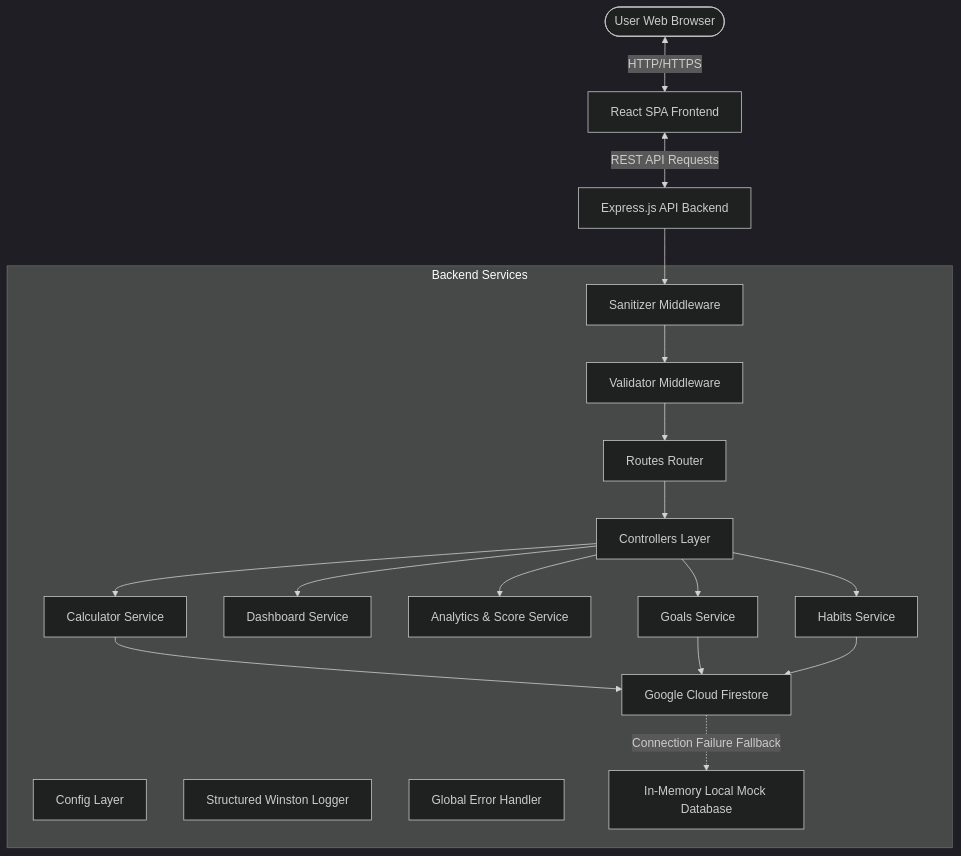
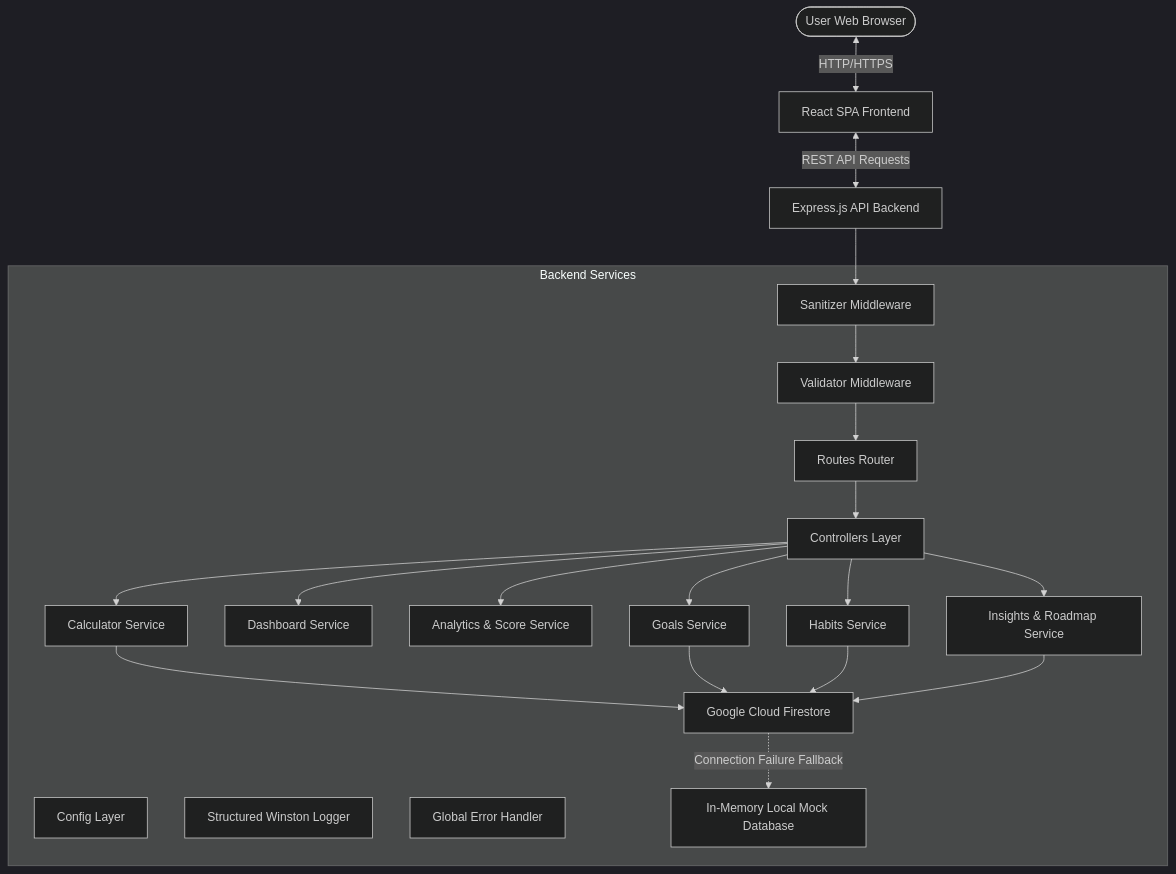
The diagram in README.md (Ajayrathod04/C.A.R.B.O.N-Plus), drawn with Mermaid (dark theme) before and after one commit. The commit also changed other lines of this file and 9 other files, not shown here.

Commit message:
feat: implement simulator, AI roadmap timeline, report downloader, dynamic route splitting and updated README

````diff
--- a/README.md
+++ b/README.md
@@ -24,30 +24,31 @@
 ```mermaid
 graph TD
   User([User Web Browser]) <--> |HTTP/HTTPS| Frontend[React SPA Frontend]
   Frontend <--> |REST API Requests| Backend[Express.js API Backend]
   
   subgraph Backend Services
     Config[Config Layer]
     Routes[Routes Router]
     Controllers[Controllers Layer]
     Validators[Validator Middleware]
     Sanitize[Sanitizer Middleware]
     Logger[Structured Winston Logger]
     ErrorHandler[Global Error Handler]
     
     Calculator[Calculator Service]
     Dashboard[Dashboard Service]
     Analytics[Analytics & Score Service]
     Goals[Goals Service]
     Habits[Habits Service]
+    Insights[Insights & Roadmap Service]
     
     FirestoreDB[Google Cloud Firestore]
     MemoryDB[In-Memory Local Mock Database]
   end
 
   Backend --> Sanitize --> Validators --> Routes --> Controllers
-  Controllers --> Calculator & Dashboard & Analytics & Goals & Habits
+  Controllers --> Calculator & Dashboard & Analytics & Goals & Habits & Insights
   
-  Calculator & Goals & Habits --> FirestoreDB
+  Calculator & Goals & Habits & Insights --> FirestoreDB
   FirestoreDB -.-> |Connection Failure Fallback| MemoryDB
 ```
````
